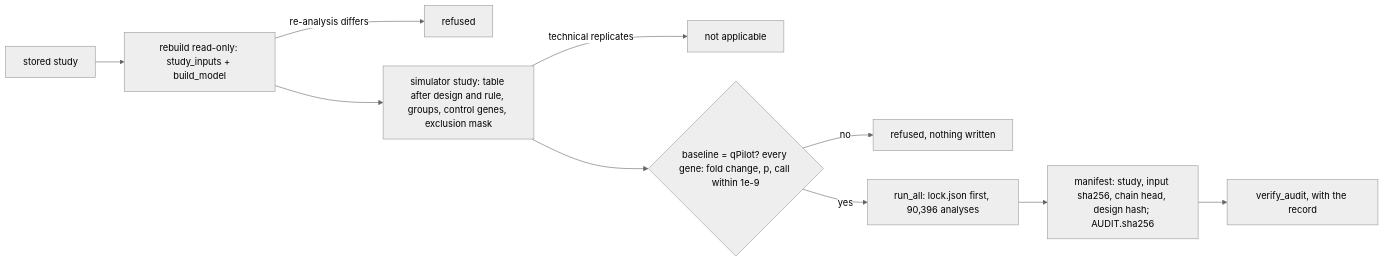
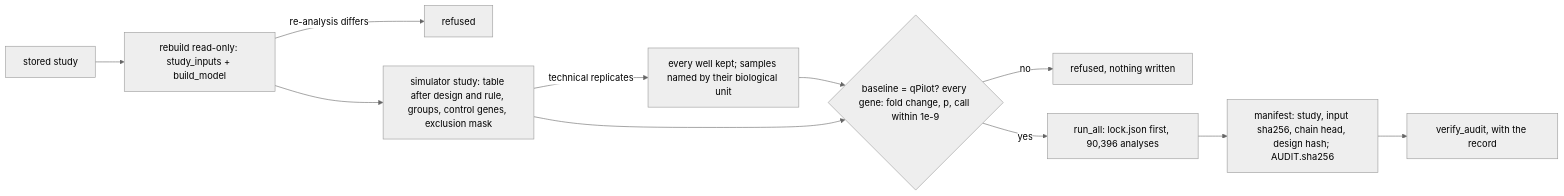
The second of 4 diagrams in docs/integration.md (ShivaTeja05/Qpilot), drawn with Mermaid (neutral theme) before and after one commit. The commit also changed other lines of this file and 2 other files, not shown here.

First line of the commit message:
docs: the audit runs on designs with technical replicates; Your samples from the engine

````diff
--- a/docs/integration.md
+++ b/docs/integration.md
@@ -80,12 +80,13 @@
 ```mermaid
 flowchart LR
   S[stored study] --> R[rebuild read-only: study_inputs + build_model]
   R -->|re-analysis differs| X1[refused]
   R --> Q[simulator study: table after design and rule, groups, control genes, exclusion mask]
-  Q -->|technical replicates| X2[not applicable]
+  Q -->|technical replicates| W[every well kept; samples named by their biological unit]
+  W --> C
   Q --> C{baseline = qPilot? every gene: fold change, p, call within 1e-9}
   C -->|no| X3[refused, nothing written]
   C -->|yes| RUN[run_all: lock.json first, 90,396 analyses]
   RUN --> B[manifest: study, input sha256, chain head, design hash; AUDIT.sha256]
   B --> V[verify_audit, with the record]
 ```
````
